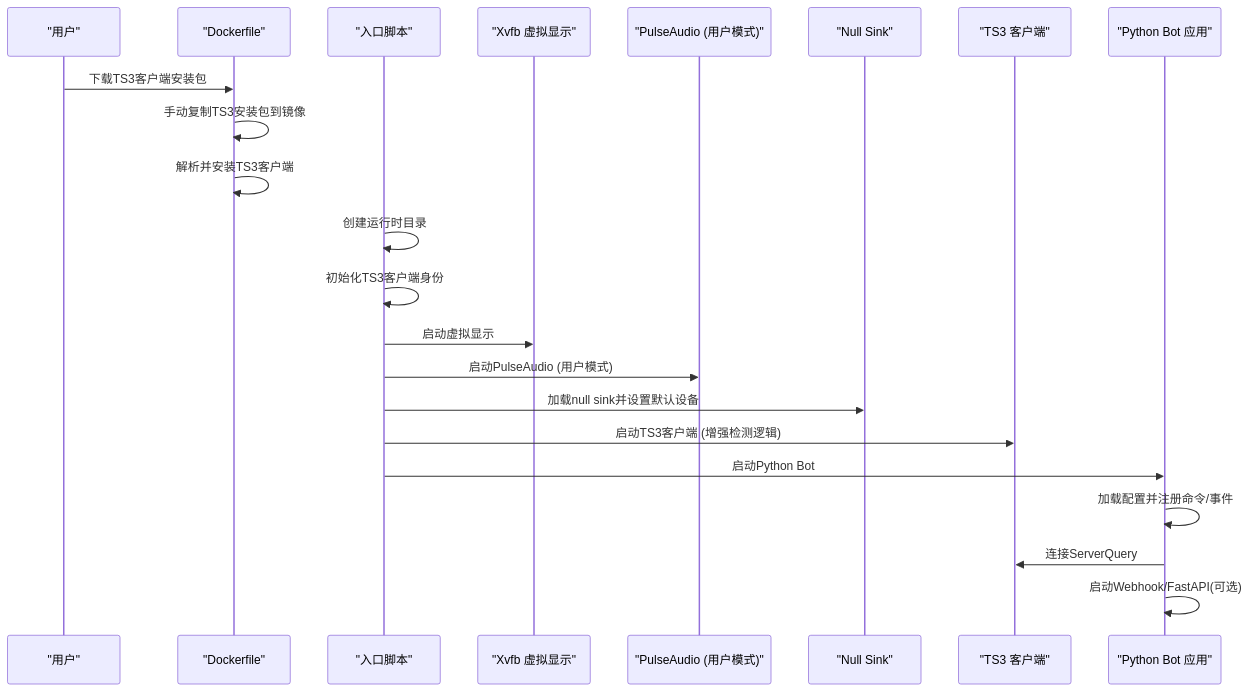
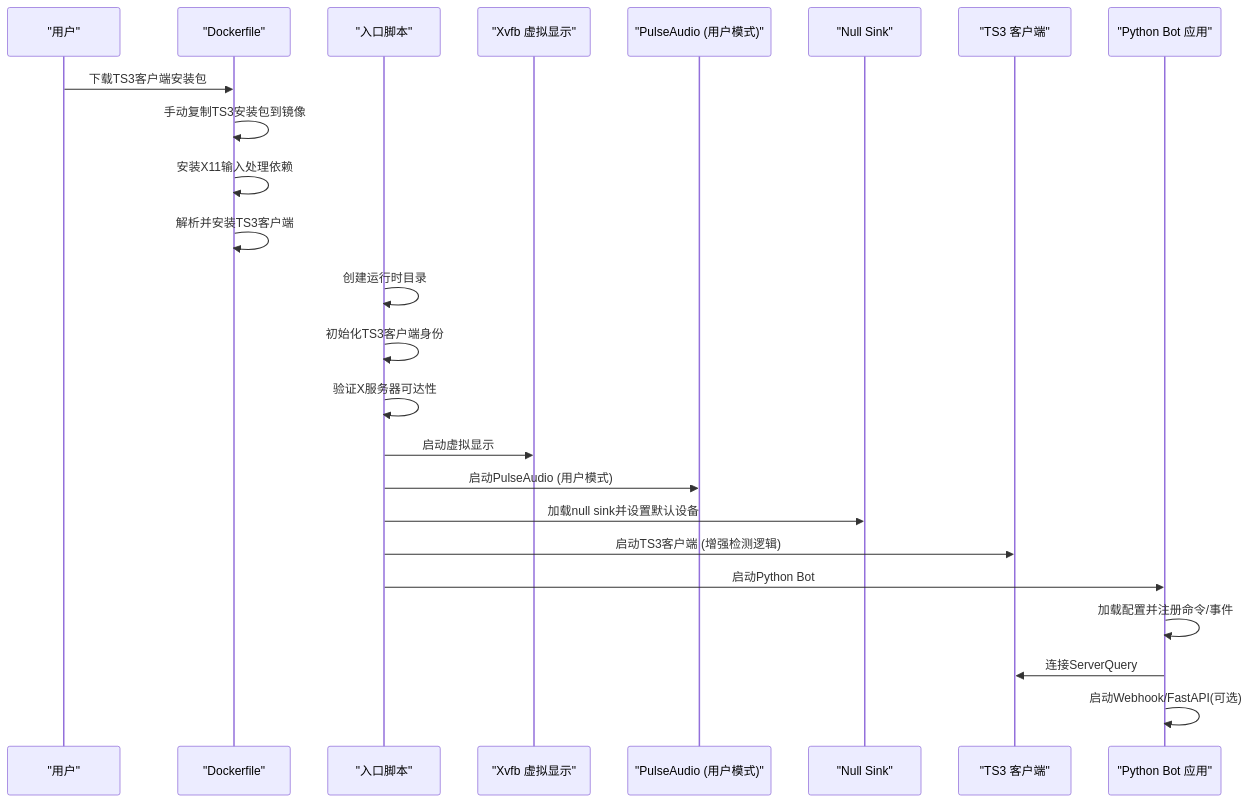
One commit to GhoulOwl/Teamspeak3_Bot changed the second of 3 diagrams in .qoder/repowiki/zh/content/部署和运维/Docker容器化部署.md. Above: the diagram before and after it, drawn with Mermaid. The commit also changed other lines of this file and 3 other files, not shown here.

````diff
--- a/.qoder/repowiki/zh/content/部署和运维/Docker容器化部署.md
+++ b/.qoder/repowiki/zh/content/部署和运维/Docker容器化部署.md
@@ -113,24 +113,26 @@
 ```mermaid
 sequenceDiagram
 participant User as "用户"
 participant Dockerfile as "Dockerfile"
 participant Entrypoint as "入口脚本"
 participant Xvfb as "Xvfb 虚拟显示"
 participant Pulse as "PulseAudio (用户模式)"
 participant NullSink as "Null Sink"
 participant TS3 as "TS3 客户端"
 participant Bot as "Python Bot 应用"
 User->>Dockerfile : 下载TS3客户端安装包
 Dockerfile->>Dockerfile : 手动复制TS3安装包到镜像
+Dockerfile->>Dockerfile : 安装X11输入处理依赖
 Dockerfile->>Dockerfile : 解析并安装TS3客户端
 Entrypoint->>Entrypoint : 创建运行时目录
 Entrypoint->>Entrypoint : 初始化TS3客户端身份
+Entrypoint->>Entrypoint : 验证X服务器可达性
 Entrypoint->>Xvfb : 启动虚拟显示
 Entrypoint->>Pulse : 启动PulseAudio (用户模式)
 Entrypoint->>NullSink : 加载null sink并设置默认设备
 Entrypoint->>TS3 : 启动TS3客户端 (增强检测逻辑)
 Entrypoint->>Bot : 启动Python Bot
 Bot->>Bot : 加载配置并注册命令/事件
 Bot->>TS3 : 连接ServerQuery
 Bot->>Bot : 启动Webhook/FastAPI(可选)
 ```
````
